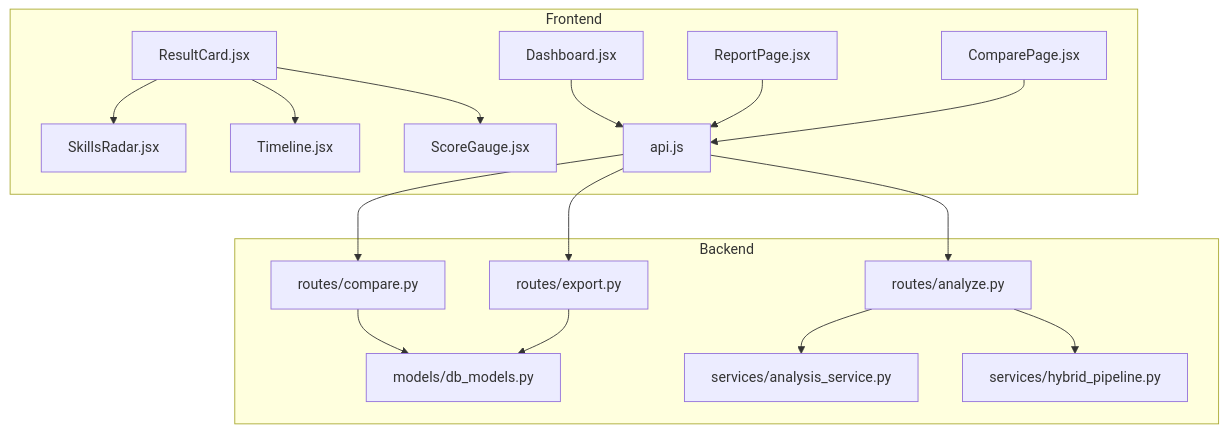
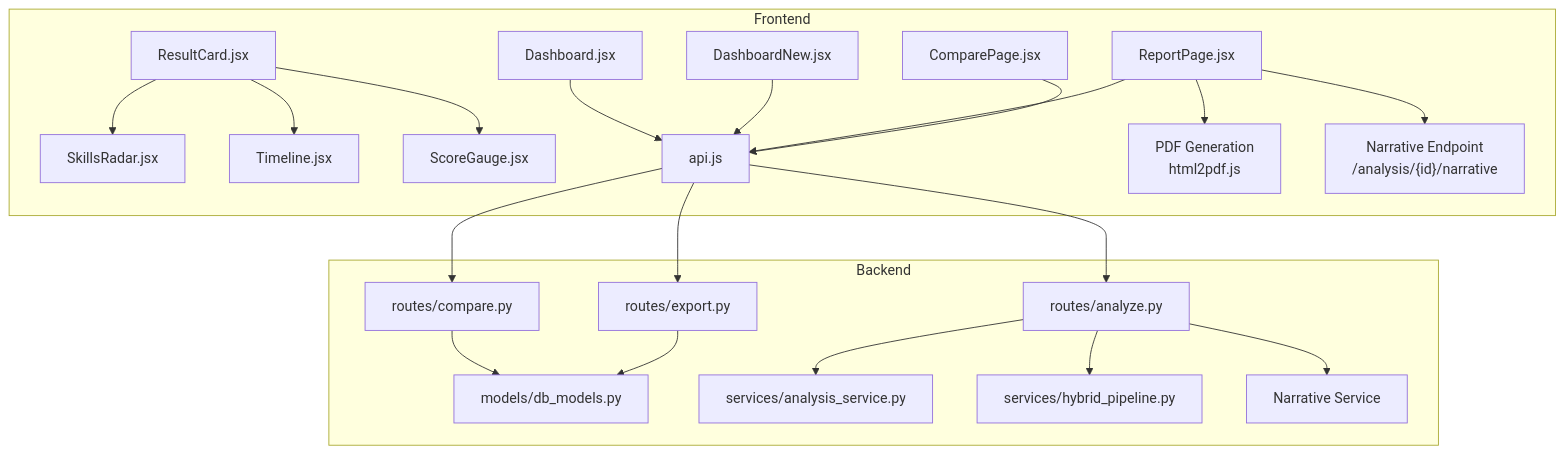
The first of 11 diagrams in .qoder/repowiki/en/content/Reporting & Analytics/Reporting & Analytics.md (Revanththetalogics/aireume), drawn with Mermaid before and after one commit. The commit also changed other lines of this file and 20 other files, not shown here.

````diff
--- a/.qoder/repowiki/en/content/Reporting & Analytics/Reporting & Analytics.md
+++ b/.qoder/repowiki/en/content/Reporting & Analytics/Reporting & Analytics.md
@@ -42,34 +53,42 @@
 ```mermaid
 graph TB
 subgraph "Frontend"
 D["Dashboard.jsx"]
+DN["DashboardNew.jsx"]
 R["ReportPage.jsx"]
 C["ComparePage.jsx"]
 RC["ResultCard.jsx"]
 SR["SkillsRadar.jsx"]
 TL["Timeline.jsx"]
 SG["ScoreGauge.jsx"]
 API["api.js"]
+PDF["PDF Generation<br/>html2pdf.js"]
+ENDPOINT["Narrative Endpoint<br/>/analysis/{id}/narrative"]
 end
 subgraph "Backend"
 A["routes/analyze.py"]
 CMP["routes/compare.py"]
 EXP["routes/export.py"]
 MODELS["models/db_models.py"]
 SVC["services/analysis_service.py"]
 HP["services/hybrid_pipeline.py"]
+NARRATIVE["Narrative Service"]
 end
 D --> API
+DN --> API
 R --> API
+R --> PDF
+R --> ENDPOINT
 C --> API
 RC --> SR
 RC --> TL
 RC --> SG
 API --> A
 API --> CMP
 API --> EXP
 A --> SVC
 A --> HP
+A --> NARRATIVE
 CMP --> MODELS
 EXP --> MODELS
 ```
````
